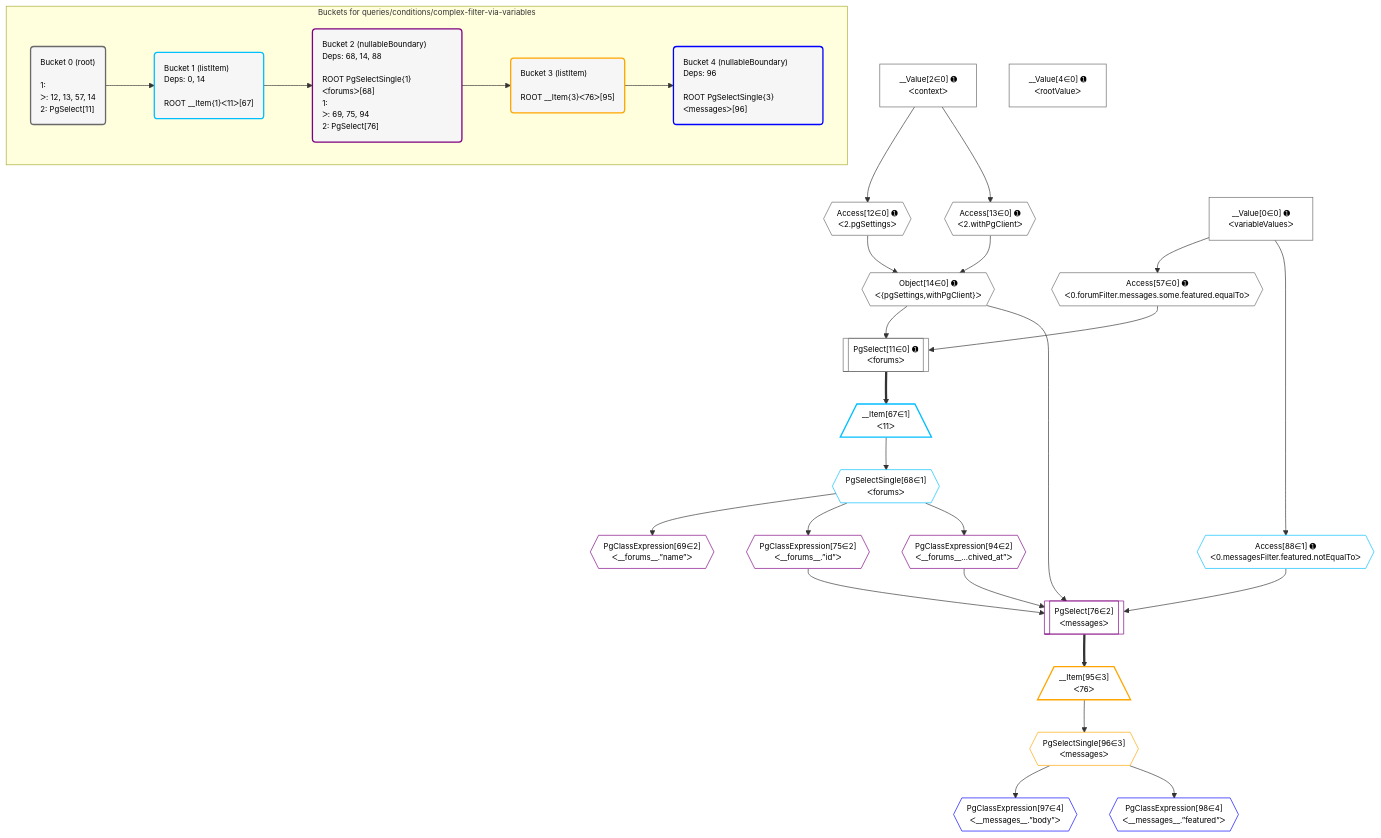
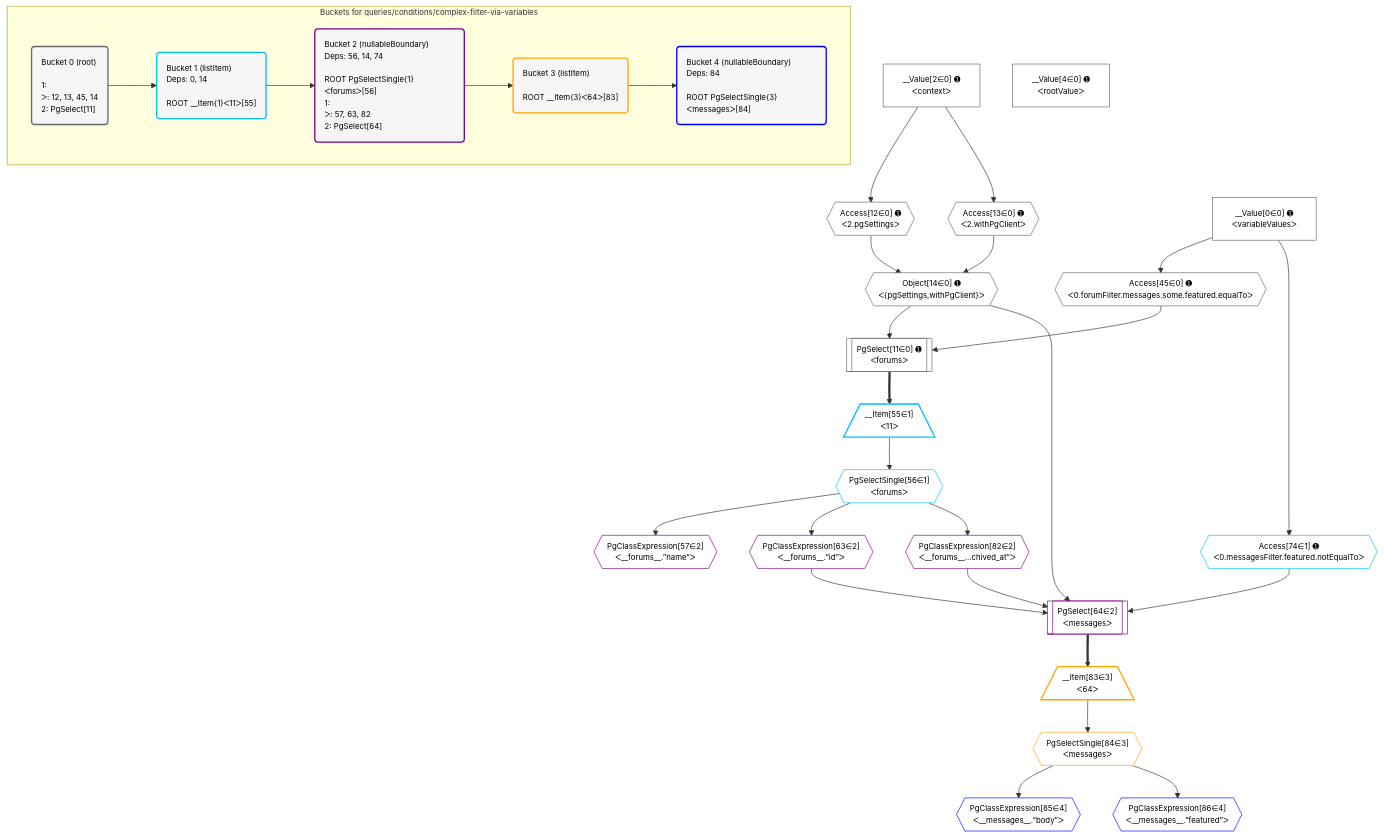
The diagram in grafast/dataplan-pg/__tests__/queries/conditions/complex-filter-via-variables.deopt.mermaid (graphile/crystal), drawn with Mermaid before and after one commit. The commit also changed 9 other files, not shown here.

```diff
--- a/grafast/dataplan-pg/__tests__/queries/conditions/complex-filter-via-variables.deopt.mermaid
+++ b/grafast/dataplan-pg/__tests__/queries/conditions/complex-filter-via-variables.deopt.mermaid
@@ -1,70 +1,70 @@
 %%{init: {'themeVariables': { 'fontSize': '12px'}}}%%
 graph TD
     classDef path fill:#eee,stroke:#000,color:#000
     classDef plan fill:#fff,stroke-width:1px,color:#000
     classDef itemplan fill:#fff,stroke-width:2px,color:#000
     classDef unbatchedplan fill:#dff,stroke-width:1px,color:#000
     classDef sideeffectplan fill:#fcc,stroke-width:2px,color:#000
     classDef bucket fill:#f6f6f6,color:#000,stroke-width:2px,text-align:left
 
 
     %% plan dependencies
     PgSelect11[["PgSelect[11∈0] ➊<br />ᐸforumsᐳ"]]:::plan
     Object14{{"Object[14∈0] ➊<br />ᐸ{pgSettings,withPgClient}ᐳ"}}:::plan
-    Access57{{"Access[57∈0] ➊<br />ᐸ0.forumFilter.messages.some.featured.equalToᐳ"}}:::plan
-    Object14 & Access57 --> PgSelect11
+    Access45{{"Access[45∈0] ➊<br />ᐸ0.forumFilter.messages.some.featured.equalToᐳ"}}:::plan
+    Object14 & Access45 --> PgSelect11
     Access12{{"Access[12∈0] ➊<br />ᐸ2.pgSettingsᐳ"}}:::plan
     Access13{{"Access[13∈0] ➊<br />ᐸ2.withPgClientᐳ"}}:::plan
     Access12 & Access13 --> Object14
     __Value2["__Value[2∈0] ➊<br />ᐸcontextᐳ"]:::plan
     __Value2 --> Access12
     __Value2 --> Access13
     __Value0["__Value[0∈0] ➊<br />ᐸvariableValuesᐳ"]:::plan
-    __Value0 --> Access57
+    __Value0 --> Access45
     __Value4["__Value[4∈0] ➊<br />ᐸrootValueᐳ"]:::plan
-    __Item67[/"__Item[67∈1]<br />ᐸ11ᐳ"\]:::itemplan
-    PgSelect11 ==> __Item67
-    PgSelectSingle68{{"PgSelectSingle[68∈1]<br />ᐸforumsᐳ"}}:::plan
-    __Item67 --> PgSelectSingle68
-    Access88{{"Access[88∈1] ➊<br />ᐸ0.messagesFilter.featured.notEqualToᐳ"}}:::plan
-    __Value0 --> Access88
-    PgSelect76[["PgSelect[76∈2]<br />ᐸmessagesᐳ"]]:::plan
-    PgClassExpression75{{"PgClassExpression[75∈2]<br />ᐸ__forums__.”id”ᐳ"}}:::plan
-    PgClassExpression94{{"PgClassExpression[94∈2]<br />ᐸ__forums__...chived_at”ᐳ"}}:::plan
-    Object14 & PgClassExpression75 & Access88 & PgClassExpression94 --> PgSelect76
-    PgClassExpression69{{"PgClassExpression[69∈2]<br />ᐸ__forums__.”name”ᐳ"}}:::plan
-    PgSelectSingle68 --> PgClassExpression69
-    PgSelectSingle68 --> PgClassExpression75
-    PgSelectSingle68 --> PgClassExpression94
-    __Item95[/"__Item[95∈3]<br />ᐸ76ᐳ"\]:::itemplan
-    PgSelect76 ==> __Item95
-    PgSelectSingle96{{"PgSelectSingle[96∈3]<br />ᐸmessagesᐳ"}}:::plan
-    __Item95 --> PgSelectSingle96
-    PgClassExpression97{{"PgClassExpression[97∈4]<br />ᐸ__messages__.”body”ᐳ"}}:::plan
-    PgSelectSingle96 --> PgClassExpression97
-    PgClassExpression98{{"PgClassExpression[98∈4]<br />ᐸ__messages__.”featured”ᐳ"}}:::plan
-    PgSelectSingle96 --> PgClassExpression98
+    __Item55[/"__Item[55∈1]<br />ᐸ11ᐳ"\]:::itemplan
+    PgSelect11 ==> __Item55
+    PgSelectSingle56{{"PgSelectSingle[56∈1]<br />ᐸforumsᐳ"}}:::plan
+    __Item55 --> PgSelectSingle56
+    Access74{{"Access[74∈1] ➊<br />ᐸ0.messagesFilter.featured.notEqualToᐳ"}}:::plan
+    __Value0 --> Access74
+    PgSelect64[["PgSelect[64∈2]<br />ᐸmessagesᐳ"]]:::plan
+    PgClassExpression63{{"PgClassExpression[63∈2]<br />ᐸ__forums__.”id”ᐳ"}}:::plan
+    PgClassExpression82{{"PgClassExpression[82∈2]<br />ᐸ__forums__...chived_at”ᐳ"}}:::plan
+    Object14 & PgClassExpression63 & Access74 & PgClassExpression82 --> PgSelect64
+    PgClassExpression57{{"PgClassExpression[57∈2]<br />ᐸ__forums__.”name”ᐳ"}}:::plan
+    PgSelectSingle56 --> PgClassExpression57
+    PgSelectSingle56 --> PgClassExpression63
+    PgSelectSingle56 --> PgClassExpression82
+    __Item83[/"__Item[83∈3]<br />ᐸ64ᐳ"\]:::itemplan
+    PgSelect64 ==> __Item83
+    PgSelectSingle84{{"PgSelectSingle[84∈3]<br />ᐸmessagesᐳ"}}:::plan
+    __Item83 --> PgSelectSingle84
+    PgClassExpression85{{"PgClassExpression[85∈4]<br />ᐸ__messages__.”body”ᐳ"}}:::plan
+    PgSelectSingle84 --> PgClassExpression85
+    PgClassExpression86{{"PgClassExpression[86∈4]<br />ᐸ__messages__.”featured”ᐳ"}}:::plan
+    PgSelectSingle84 --> PgClassExpression86
 
     %% define steps
 
     subgraph "Buckets for queries/conditions/complex-filter-via-variables"
-    Bucket0("Bucket 0 (root)<br /><br />1: <br />ᐳ: 12, 13, 57, 14<br />2: PgSelect[11]"):::bucket
+    Bucket0("Bucket 0 (root)<br /><br />1: <br />ᐳ: 12, 13, 45, 14<br />2: PgSelect[11]"):::bucket
     classDef bucket0 stroke:#696969
-    class Bucket0,__Value0,__Value2,__Value4,PgSelect11,Access12,Access13,Object14,Access57 bucket0
-    Bucket1("Bucket 1 (listItem)<br />Deps: 0, 14<br /><br />ROOT __Item{1}ᐸ11ᐳ[67]"):::bucket
+    class Bucket0,__Value0,__Value2,__Value4,PgSelect11,Access12,Access13,Object14,Access45 bucket0
+    Bucket1("Bucket 1 (listItem)<br />Deps: 0, 14<br /><br />ROOT __Item{1}ᐸ11ᐳ[55]"):::bucket
     classDef bucket1 stroke:#00bfff
-    class Bucket1,__Item67,PgSelectSingle68,Access88 bucket1
-    Bucket2("Bucket 2 (nullableBoundary)<br />Deps: 68, 14, 88<br /><br />ROOT PgSelectSingle{1}ᐸforumsᐳ[68]<br />1: <br />ᐳ: 69, 75, 94<br />2: PgSelect[76]"):::bucket
+    class Bucket1,__Item55,PgSelectSingle56,Access74 bucket1
+    Bucket2("Bucket 2 (nullableBoundary)<br />Deps: 56, 14, 74<br /><br />ROOT PgSelectSingle{1}ᐸforumsᐳ[56]<br />1: <br />ᐳ: 57, 63, 82<br />2: PgSelect[64]"):::bucket
     classDef bucket2 stroke:#7f007f
-    class Bucket2,PgClassExpression69,PgClassExpression75,PgSelect76,PgClassExpression94 bucket2
-    Bucket3("Bucket 3 (listItem)<br /><br />ROOT __Item{3}ᐸ76ᐳ[95]"):::bucket
+    class Bucket2,PgClassExpression57,PgClassExpression63,PgSelect64,PgClassExpression82 bucket2
+    Bucket3("Bucket 3 (listItem)<br /><br />ROOT __Item{3}ᐸ64ᐳ[83]"):::bucket
     classDef bucket3 stroke:#ffa500
-    class Bucket3,__Item95,PgSelectSingle96 bucket3
-    Bucket4("Bucket 4 (nullableBoundary)<br />Deps: 96<br /><br />ROOT PgSelectSingle{3}ᐸmessagesᐳ[96]"):::bucket
+    class Bucket3,__Item83,PgSelectSingle84 bucket3
+    Bucket4("Bucket 4 (nullableBoundary)<br />Deps: 84<br /><br />ROOT PgSelectSingle{3}ᐸmessagesᐳ[84]"):::bucket
     classDef bucket4 stroke:#0000ff
-    class Bucket4,PgClassExpression97,PgClassExpression98 bucket4
+    class Bucket4,PgClassExpression85,PgClassExpression86 bucket4
     Bucket0 --> Bucket1
     Bucket1 --> Bucket2
     Bucket2 --> Bucket3
     Bucket3 --> Bucket4
     end
```
